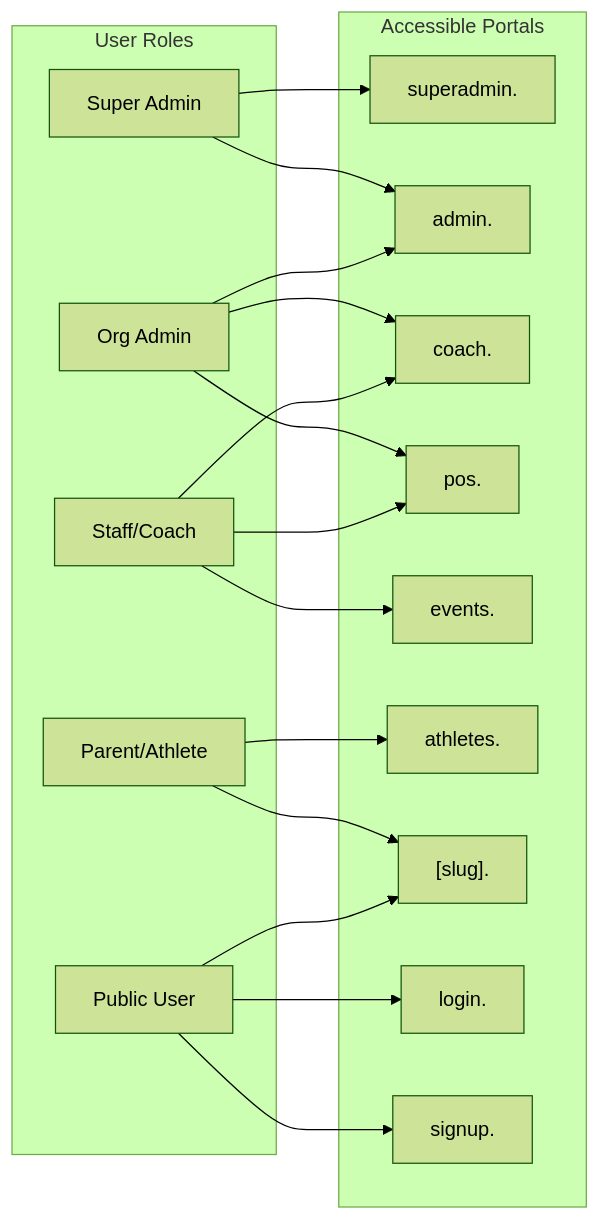
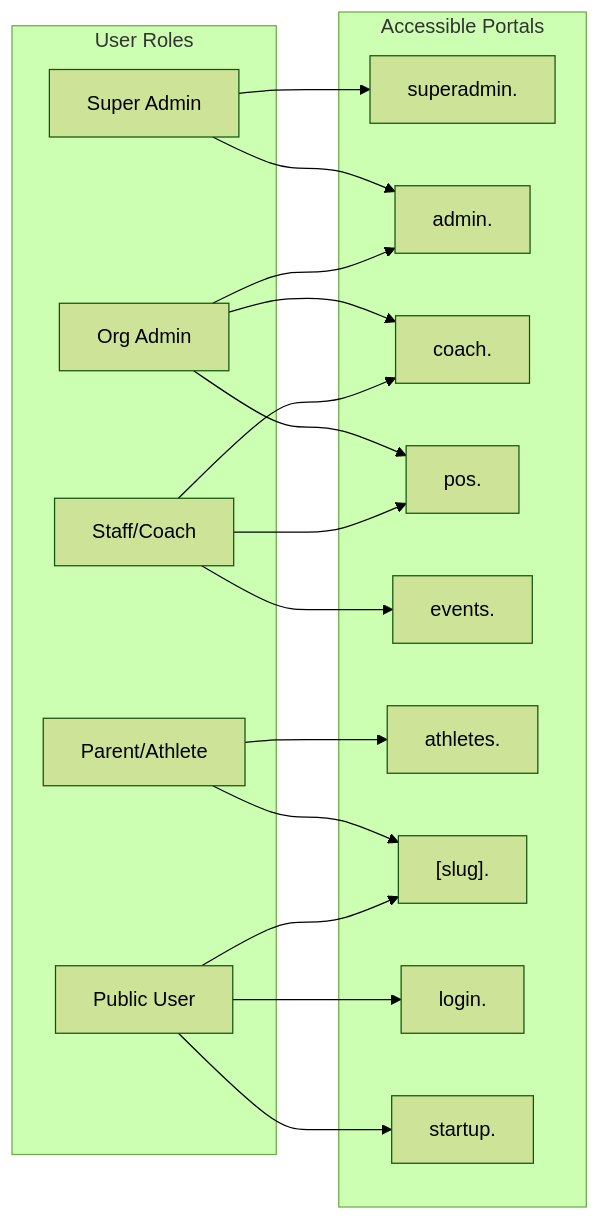
Before and after one commit to nadilifter/twizzle: the second of 4 diagrams in docs/platform-architecture.md, drawn with Mermaid (forest theme). The commit also changed other lines of this file and 12 other files, not shown here.

First line of the commit message:
fix: Consolidate signup pages and rename org signup subdomain to startup

````diff
--- a/docs/platform-architecture.md
+++ b/docs/platform-architecture.md
@@ -95,40 +95,40 @@
 ```mermaid
 flowchart LR
     subgraph Roles["User Roles"]
         SA[Super Admin]
         OA[Org Admin]
         ST[Staff/Coach]
         PA[Parent/Athlete]
         PU[Public User]
     end
 
     subgraph Portals["Accessible Portals"]
         superadmin["superadmin."]
         admin["admin."]
         coach["coach."]
         pos["pos."]
         events["events."]
         athletes["athletes."]
         sites["[slug]."]
         login["login."]
-        signup["signup."]
+        startup["startup."]
     end
 
     SA --> superadmin
     SA --> admin
     
     OA --> admin
     OA --> pos
     OA --> coach
     
     ST --> coach
     ST --> pos
     ST --> events
     
     PA --> athletes
     PA --> sites
     
     PU --> sites
     PU --> login
-    PU --> signup
+    PU --> startup
 ```
````
